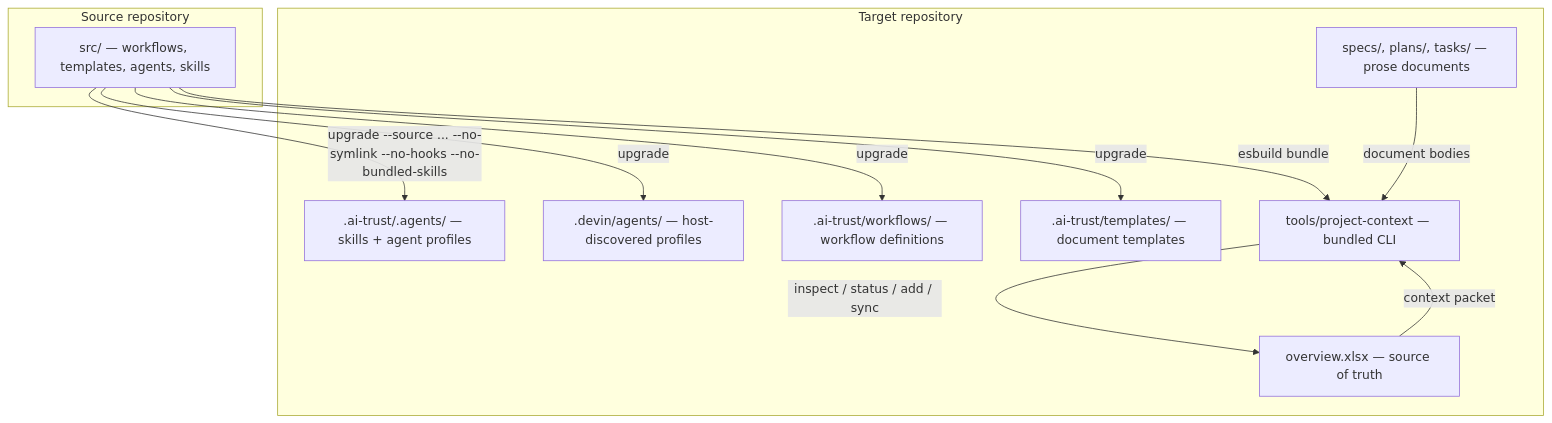
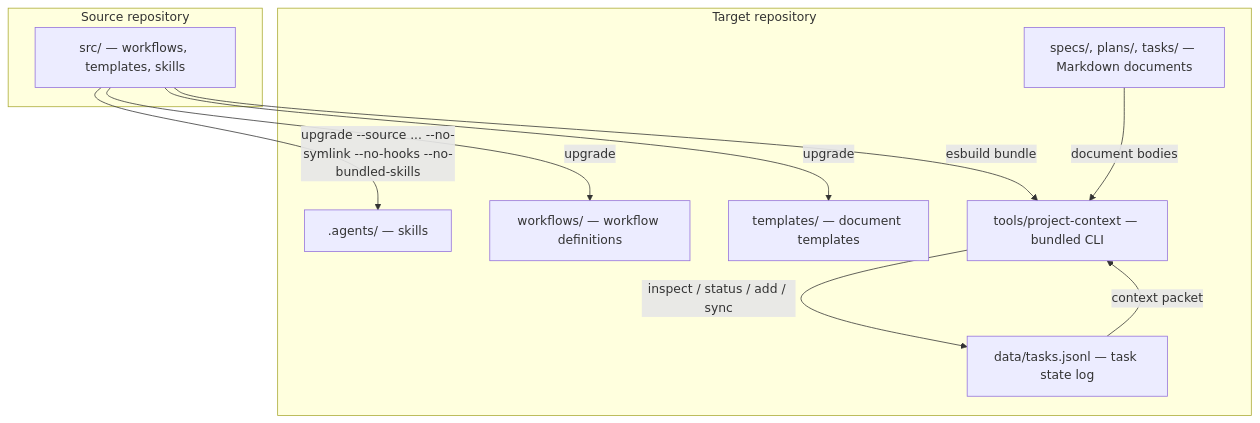
Before and after one commit to bperin/project-context: the first of 4 diagrams in README.md, drawn with Mermaid. The commit also changed other lines of this file and 67 other files, not shown here.

First line of the commit message:
Replace xlsx with JSONL state, prefix skills with pc-, linearize workflows

````diff
--- a/README.md
+++ b/README.md
@@ -44,26 +44,24 @@
 ```mermaid
 graph TD
     subgraph "Source repository"
-        SRC[src/ — workflows, templates, agents, skills]
+        SRC[src/ — workflows, templates, skills]
     end
 
     subgraph "Target repository"
-        XLSX[overview.xlsx — source of truth]
-        DOCS[specs/, plans/, tasks/ — prose documents]
-        AGENTS[.ai-trust/.agents/ — skills + agent profiles]
-        DEVIN[.devin/agents/ — host-discovered profiles]
-        WF[.ai-trust/workflows/ — workflow definitions]
-        TEMPLATES[.ai-trust/templates/ — document templates]
+        DATA[data/tasks.jsonl — task state log]
+        DOCS[specs/, plans/, tasks/ — Markdown documents]
+        AGENTS[.agents/ — skills]
+        WF[workflows/ — workflow definitions]
+        TEMPLATES[templates/ — document templates]
         BIN[tools/project-context — bundled CLI]
     end
 
     SRC -->|"upgrade --source ... --no-symlink --no-hooks --no-bundled-skills"| AGENTS
     SRC -->|upgrade| WF
     SRC -->|upgrade| TEMPLATES
-    SRC -->|upgrade| DEVIN
     SRC -->|"esbuild bundle"| BIN
 
-    XLSX -->|context packet| BIN
+    DATA -->|context packet| BIN
     DOCS -->|document bodies| BIN
-    BIN -->|inspect / status / add / sync| XLSX
+    BIN -->|inspect / status / add / sync| DATA
 ```
````
